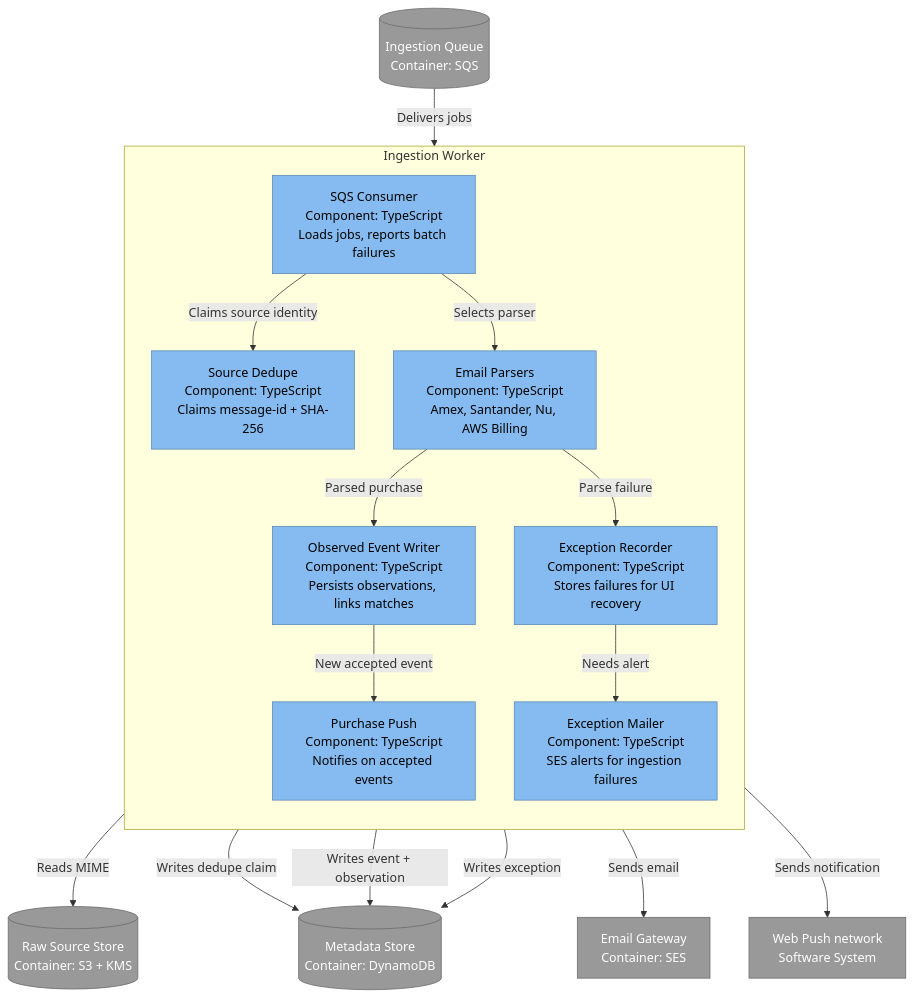
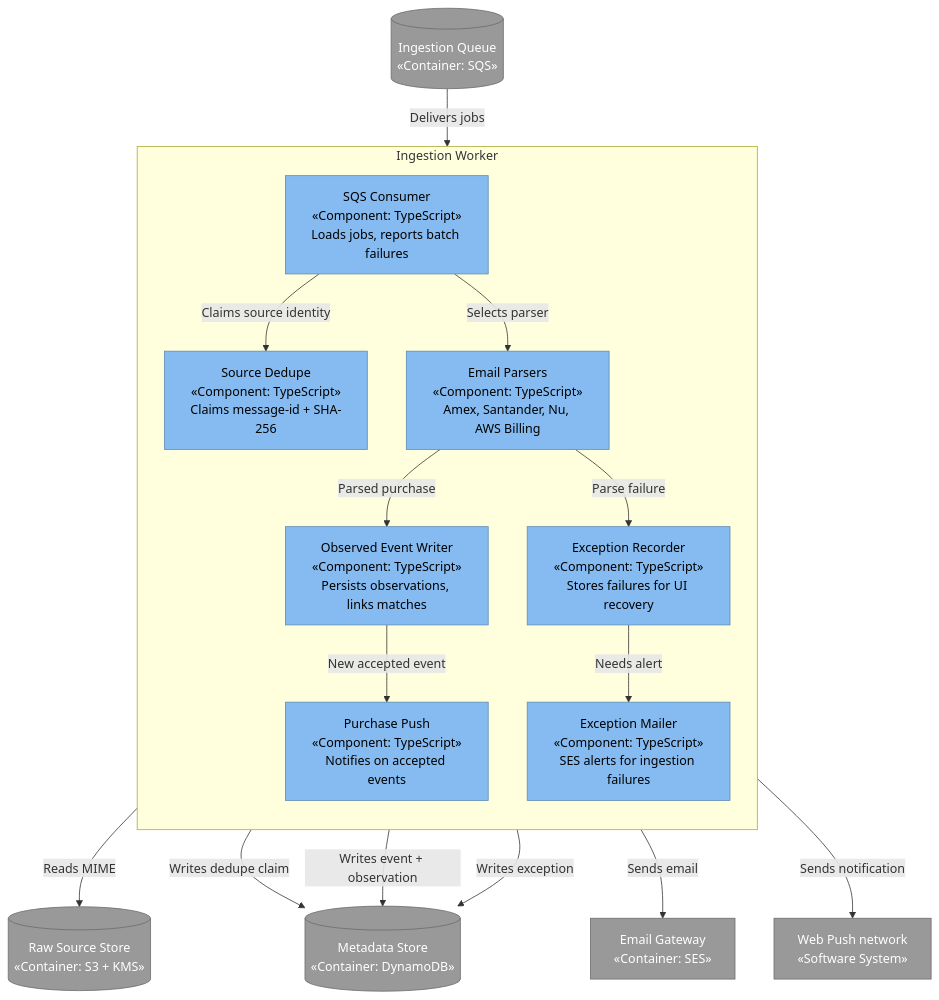
One commit to DavidCs9/personal-finance-system changed the second of 4 diagrams in docs/architecture.md. Above: the diagram before and after it, drawn with Mermaid. The commit also changed other lines of this file and 1 other file, not shown here.

````diff
--- a/docs/architecture.md
+++ b/docs/architecture.md
@@ -100,39 +100,39 @@
 ```mermaid
 flowchart TB
   classDef component fill:#85BBF0,stroke:#5D8AB3,color:#000,stroke-width:1px
   classDef external fill:#999999,stroke:#6B6B6B,color:#fff,stroke-width:1px
 
-  queue[("Ingestion Queue\nContainer: SQS")]
-  raw[("Raw Source Store\nContainer: S3 + KMS")]
-  ddb[("Metadata Store\nContainer: DynamoDB")]
-  ses["Email Gateway\nContainer: SES"]
-  webpush["Web Push network\nSoftware System"]
+  queue[("Ingestion Queue\n«Container: SQS»")]
+  raw[("Raw Source Store\n«Container: S3 + KMS»")]
+  ddb[("Metadata Store\n«Container: DynamoDB»")]
+  ses["Email Gateway\n«Container: SES»"]
+  webpush["Web Push network\n«Software System»"]
 
   subgraph ingest["Ingestion Worker"]
     direction TB
-    consumer["SQS Consumer\nComponent: TypeScript\nLoads jobs, reports batch failures"]
-    dedupe["Source Dedupe\nComponent: TypeScript\nClaims message-id + SHA-256"]
-    parsers["Email Parsers\nComponent: TypeScript\nAmex, Santander, Nu, AWS Billing"]
-    reconcile["Observed Event Writer\nComponent: TypeScript\nPersists observations, links matches"]
-    exceptions["Exception Recorder\nComponent: TypeScript\nStores failures for UI recovery"]
-    mail["Exception Mailer\nComponent: TypeScript\nSES alerts for ingestion failures"]
-    push["Purchase Push\nComponent: TypeScript\nNotifies on accepted events"]
+    consumer["SQS Consumer\n«Component: TypeScript»\nLoads jobs, reports batch failures"]
+    dedupe["Source Dedupe\n«Component: TypeScript»\nClaims message-id + SHA-256"]
+    parsers["Email Parsers\n«Component: TypeScript»\nAmex, Santander, Nu, AWS Billing"]
+    reconcile["Observed Event Writer\n«Component: TypeScript»\nPersists observations, links matches"]
+    exceptions["Exception Recorder\n«Component: TypeScript»\nStores failures for UI recovery"]
+    mail["Exception Mailer\n«Component: TypeScript»\nSES alerts for ingestion failures"]
+    push["Purchase Push\n«Component: TypeScript»\nNotifies on accepted events"]
   end
 
   queue -->|"Delivers jobs"| consumer
   consumer -->|"Reads MIME"| raw
   consumer -->|"Claims source identity"| dedupe
   dedupe -->|"Writes dedupe claim"| ddb
   consumer -->|"Selects parser"| parsers
   parsers -->|"Parsed purchase"| reconcile
   parsers -->|"Parse failure"| exceptions
   reconcile -->|"Writes event + observation"| ddb
   reconcile -->|"New accepted event"| push
   exceptions -->|"Writes exception"| ddb
   exceptions -->|"Needs alert"| mail
   mail -->|"Sends email"| ses
   push -->|"Sends notification"| webpush
 
   class consumer,dedupe,parsers,reconcile,exceptions,mail,push component
   class queue,raw,ddb,ses,webpush external
 ```
````
